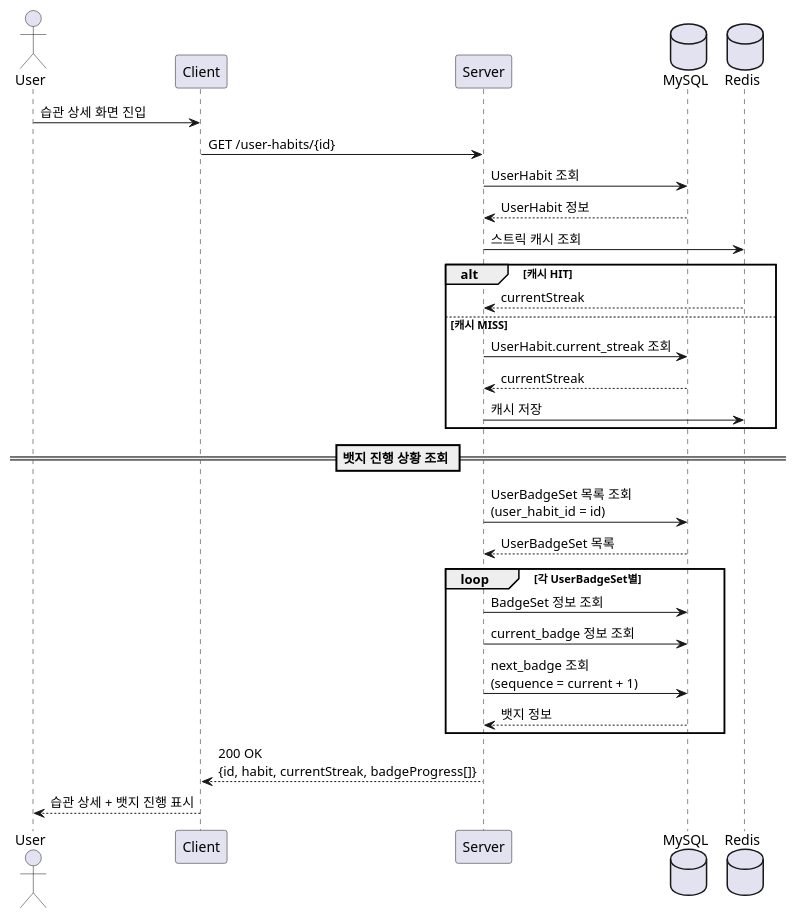
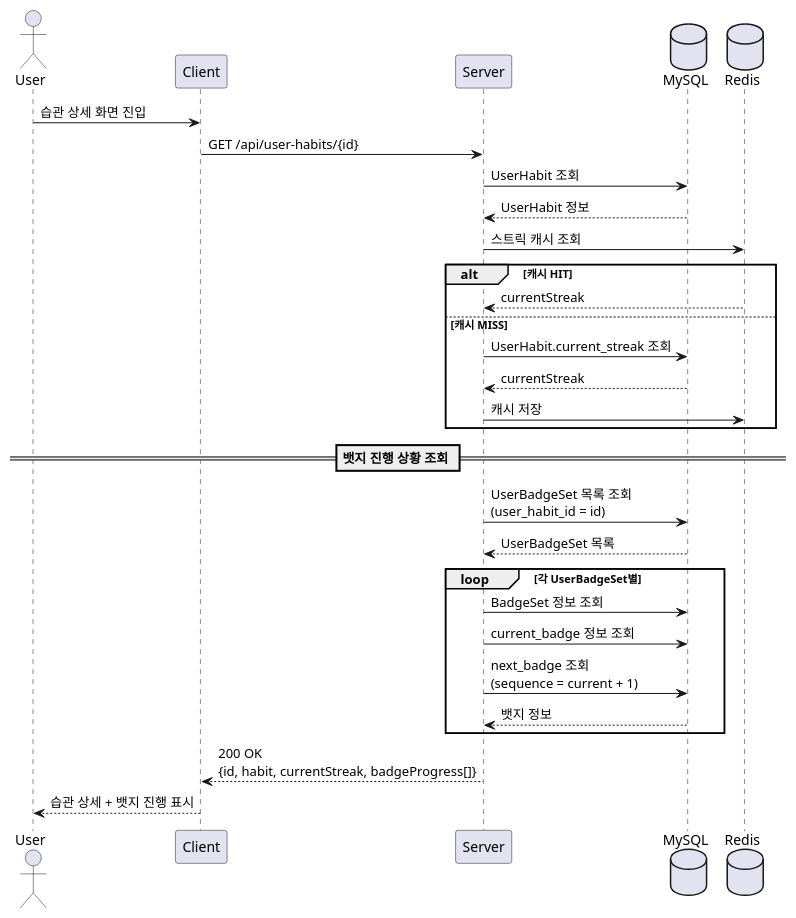
Before and after one commit to daily-one-page/daily-one-page-backend: diagram 12 of 29 in docs/sequence-diagram.md, drawn with PlantUML. The commit also changed other lines of this file and 38 other files, not shown here.

First line of the commit message:
docs: Sync API spec, ERD, Sequence Diagram and add Postman Collection

````diff
--- a/docs/sequence-diagram.md
+++ b/docs/sequence-diagram.md
@@ -369,38 +369,38 @@
 ```plantuml
 @startuml 내 습관 상세 조회
 actor User
 participant Client
 participant Server
 database MySQL
 database Redis
 
 User -> Client: 습관 상세 화면 진입
-Client -> Server: GET /user-habits/{id}
+Client -> Server: GET /api/user-habits/{id}
 Server -> MySQL: UserHabit 조회
 MySQL --> Server: UserHabit 정보
 
 Server -> Redis: 스트릭 캐시 조회
 alt 캐시 HIT
     Redis --> Server: currentStreak
 else 캐시 MISS
     Server -> MySQL: UserHabit.current_streak 조회
     MySQL --> Server: currentStreak
     Server -> Redis: 캐시 저장
 end
 
 == 뱃지 진행 상황 조회 ==
 Server -> MySQL: UserBadgeSet 목록 조회\n(user_habit_id = id)
 MySQL --> Server: UserBadgeSet 목록
 
 loop 각 UserBadgeSet별
     Server -> MySQL: BadgeSet 정보 조회
     Server -> MySQL: current_badge 정보 조회
     Server -> MySQL: next_badge 조회\n(sequence = current + 1)
     MySQL --> Server: 뱃지 정보
 end
 
 Server --> Client: 200 OK\n{id, habit, currentStreak, badgeProgress[]}
 Client --> User: 습관 상세 + 뱃지 진행 표시
 
 @enduml
 ```
````
